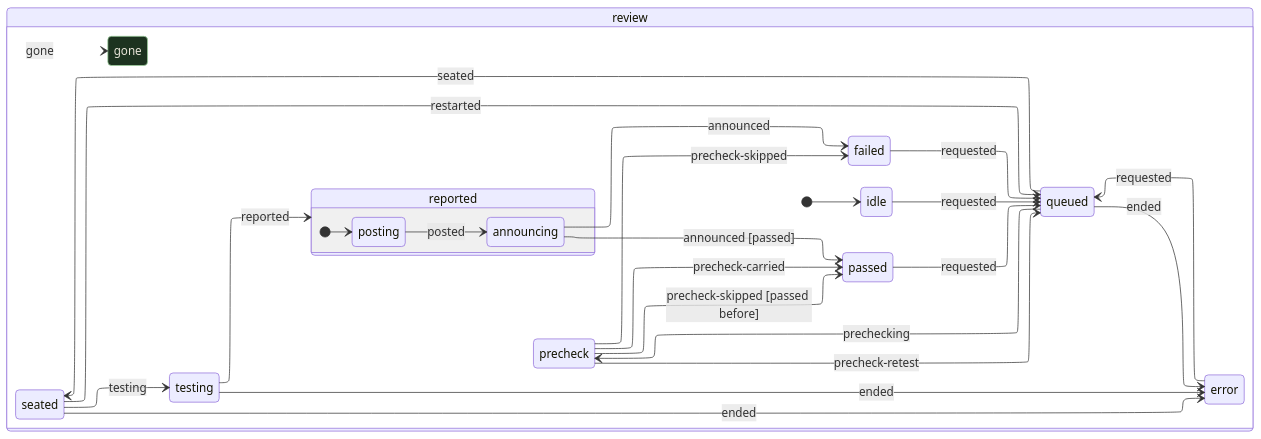
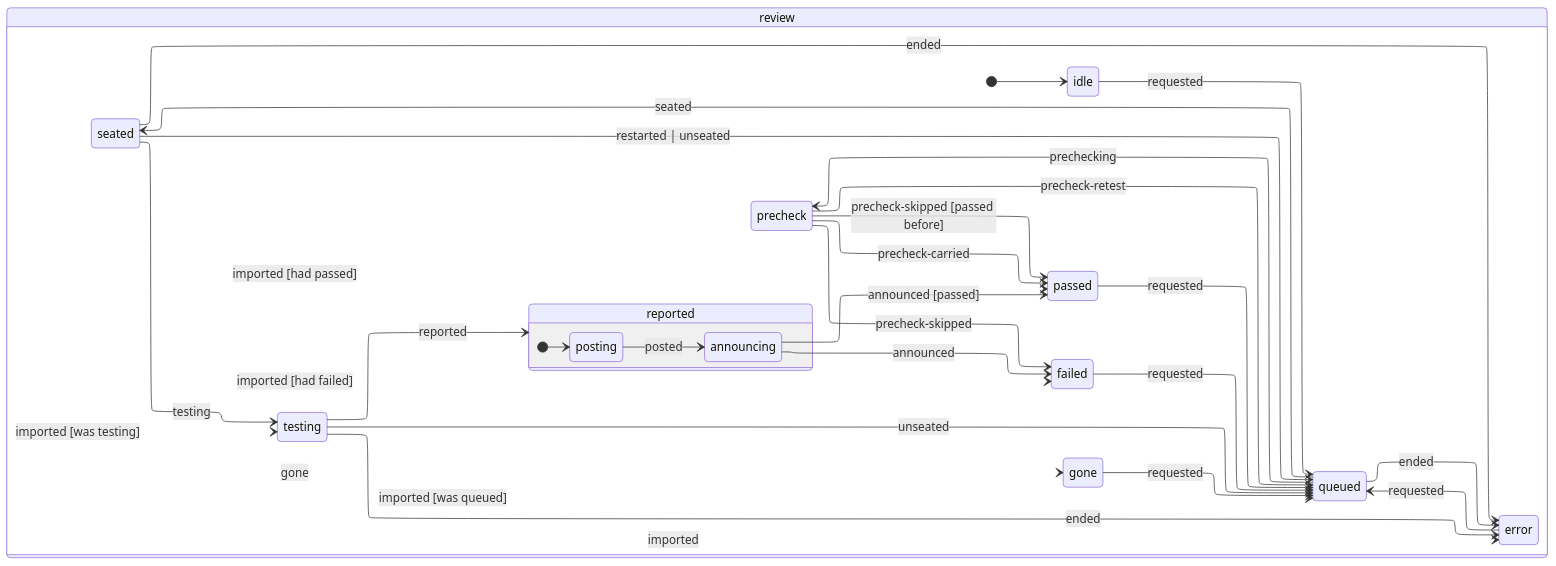
The diagram in docs/qa.md (jonhilt/focus-hq), drawn with Mermaid before and after one commit. The commit also changed other lines of this file and 13 other files, not shown here.

````diff
--- a/docs/qa.md
+++ b/docs/qa.md
@@ -46,47 +46,53 @@
 ```mermaid
 ---
 config:
   layout: elk
 ---
 stateDiagram-v2
   direction LR
   state "review" as review {
     [*] --> review_idle
     state "idle" as review_idle
     state "queued" as review_queued
     state "precheck" as review_precheck
     state "seated" as review_seated
     state "testing" as review_testing
     state "reported" as review_reported {
       [*] --> review_reported_posting
       state "posting" as review_reported_posting
       state "announcing" as review_reported_announcing
     }
     state "passed" as review_passed
     state "failed" as review_failed
     state "error" as review_error
     state "gone" as review_gone
   }
   review_idle --> review_queued : requested
   review_queued --> review_precheck : prechecking
   review_queued --> review_seated : seated
   review_queued --> review_error : ended
   review_precheck --> review_passed : precheck-skipped [passed before]
   review_precheck --> review_failed : precheck-skipped
   review_precheck --> review_passed : precheck-carried
   review_precheck --> review_queued : precheck-retest
-  review_seated --> review_queued : restarted
+  review_seated --> review_queued : restarted | unseated
   review_seated --> review_testing : testing
   review_seated --> review_error : ended
+  review_testing --> review_queued : unseated
   review_testing --> review_reported : reported
   review_testing --> review_error : ended
   review_reported_posting --> review_reported_announcing : posted
   review_reported_announcing --> review_passed : announced [passed]
   review_reported_announcing --> review_failed : announced
   review_passed --> review_queued : requested
   review_failed --> review_queued : requested
   review_error --> review_queued : requested
+  review_gone --> review_queued : requested
   review --> review_gone : gone
+  review --> review_queued : imported [was queued]
+  review --> review_testing : imported [was testing]
+  review --> review_passed : imported [had passed]
+  review --> review_failed : imported [had failed]
+  review --> review_error : imported
   classDef final fill:#1d3320,stroke:#9fd39f,color:#e8e4d8
-  class review_gone final
 ```
````
